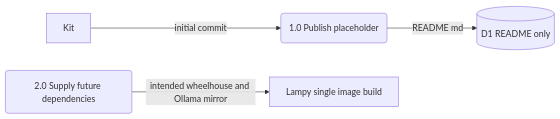
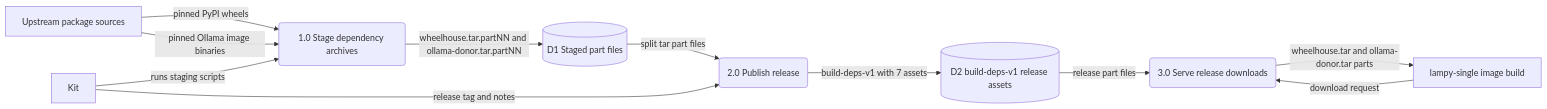
One commit to cosbykit-afk/lampy-deps changed the second of 3 diagrams in docs/architecture.md. Above: the diagram before and after it, drawn with Mermaid. The commit also changed other lines of this file, not shown here.

Commit message:
docs: improve architecture diagrams — grounded context, DFD, and ERD

````diff
--- a/docs/architecture.md
+++ b/docs/architecture.md
@@ -27,12 +27,22 @@
 ```mermaid
 flowchart LR
     E1["Kit"]
-    P1("1.0 Publish placeholder")
-    P2("2.0 Supply future dependencies")
-    E2["Lampy single image build"]
-    D1[("D1 README only")]
+    E2["lampy-single image build"]
+    E3["Upstream package sources"]
+    P1("1.0 Stage dependency archives")
+    P2("2.0 Publish release")
+    P3("3.0 Serve release downloads")
+    D1[("D1 Staged part files")]
+    D2[("D2 build-deps-v1 release assets")]
 
-    E1 -->|"initial commit"| P1
-    P1 -->|"README md"| D1
-    P2 -->|"intended wheelhouse and Ollama mirror"| E2
+    E3 -->|"pinned PyPI wheels"| P1
+    E3 -->|"pinned Ollama image binaries"| P1
+    E1 -->|"runs staging scripts"| P1
+    P1 -->|"wheelhouse.tar.partNN and ollama-donor.tar.partNN"| D1
+    D1 -->|"split tar part files"| P2
+    E1 -->|"release tag and notes"| P2
+    P2 -->|"build-deps-v1 with 7 assets"| D2
+    E2 -->|"download request"| P3
+    D2 -->|"release part files"| P3
+    P3 -->|"wheelhouse.tar and ollama-donor.tar parts"| E2
 ```
````
